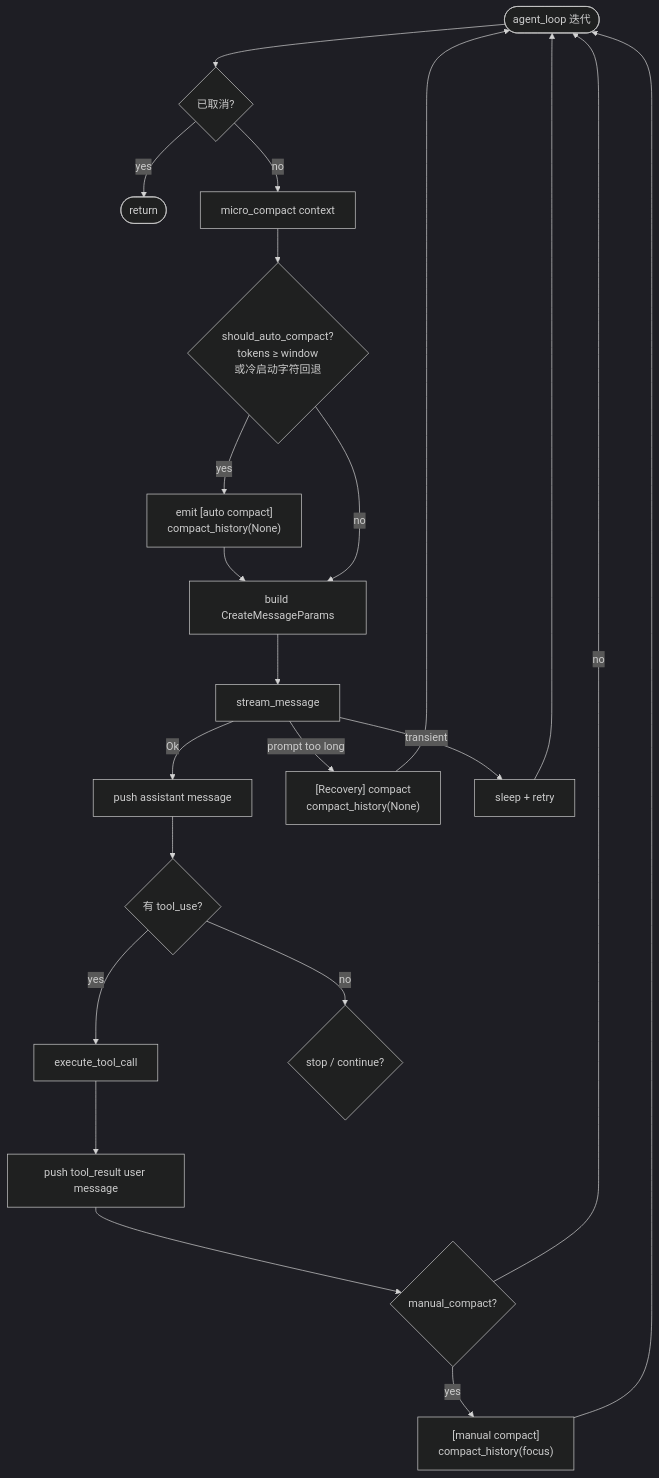
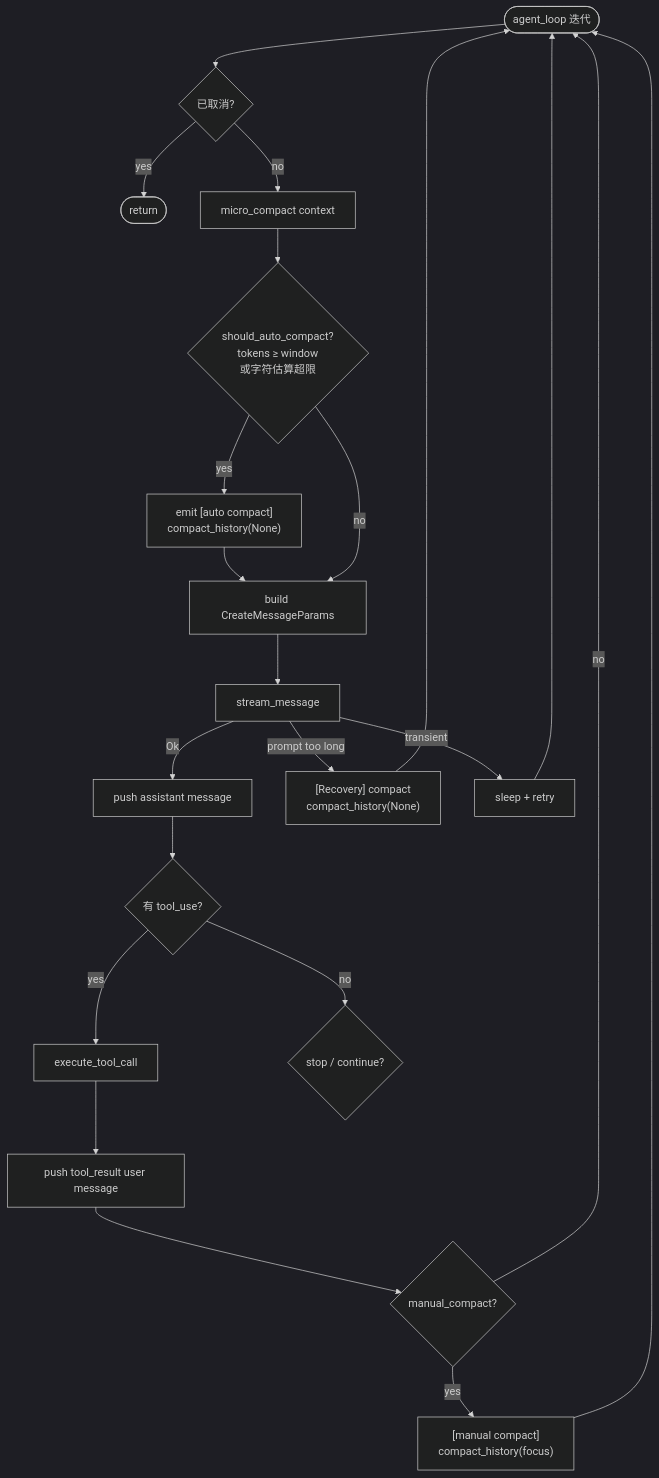
One commit to rust-infra/tact changed the third of 15 diagrams in book/05_chapter_compact_zh.md. Above: the diagram before and after it, drawn with Mermaid (dark theme). The commit also changed other lines of this file and 3 other files, not shown here.

````diff
--- a/book/05_chapter_compact_zh.md
+++ b/book/05_chapter_compact_zh.md
@@ -84,24 +84,24 @@
 ```mermaid
 flowchart TD
     Start([agent_loop 迭代]) --> Cancel{已取消?}
     Cancel -->|yes| Exit([return])
     Cancel -->|no| MC[micro_compact context]
-    MC --> Size{should_auto_compact?<br/>tokens ≥ window<br/>或冷启动字符回退}
+    MC --> Size{should_auto_compact?<br/>tokens ≥ window<br/>或字符估算超限}
     Size -->|yes| Auto["emit [auto compact]<br/>compact_history(None)"]
     Auto --> Build
     Size -->|no| Build[build CreateMessageParams]
     Build --> Stream[stream_message]
     Stream -->|Ok| Assist[push assistant message]
     Stream -->|prompt too long| Rec["[Recovery] compact<br/>compact_history(None)"]
     Rec --> Start
     Stream -->|transient| Backoff[sleep + retry]
     Backoff --> Start
     Assist --> Tools{有 tool_use?}
     Tools -->|yes| Exec[execute_tool_call]
     Exec --> Persist[push tool_result user message]
     Persist --> Man{manual_compact?}
     Man -->|yes| MC2["[manual compact]<br/>compact_history(focus)"]
     MC2 --> Start
     Man -->|no| Start
     Tools -->|no| Done{stop / continue?}
 ```
````
